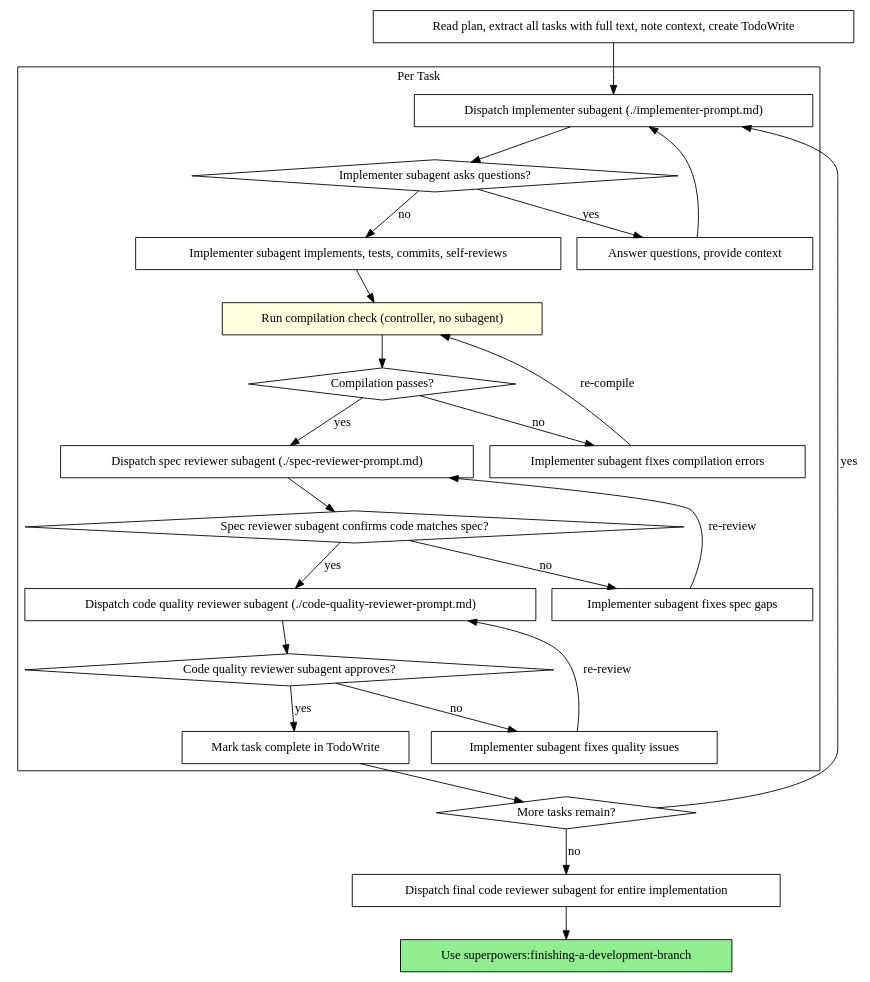
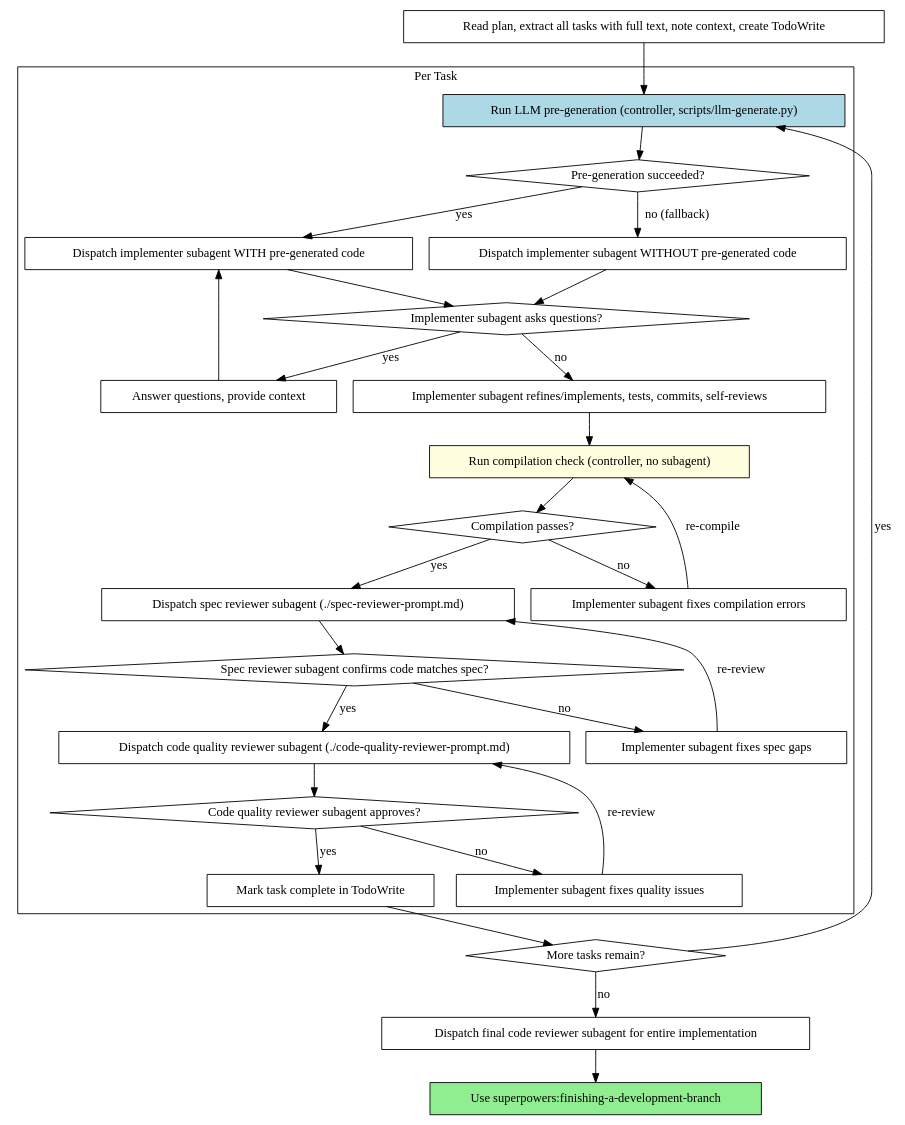
The second of 2 diagrams in skills/subagent-driven-development/SKILL.md (786153747/superpowers), drawn with Graphviz before and after one commit. The commit also changed other lines of this file and 3 other files, not shown here.

````diff
--- a/skills/subagent-driven-development/SKILL.md
+++ b/skills/subagent-driven-development/SKILL.md
@@ -63,51 +64,58 @@
 ```dot
 digraph process {
     rankdir=TB;
 
     subgraph cluster_per_task {
         label="Per Task";
-        "Dispatch implementer subagent (./implementer-prompt.md)" [shape=box];
+        "Run LLM pre-generation (controller, scripts/llm-generate.py)" [shape=box style=filled fillcolor=lightblue];
+        "Pre-generation succeeded?" [shape=diamond];
+        "Dispatch implementer subagent WITH pre-generated code" [shape=box];
+        "Dispatch implementer subagent WITHOUT pre-generated code" [shape=box];
         "Implementer subagent asks questions?" [shape=diamond];
         "Answer questions, provide context" [shape=box];
-        "Implementer subagent implements, tests, commits, self-reviews" [shape=box];
+        "Implementer subagent refines/implements, tests, commits, self-reviews" [shape=box];
         "Run compilation check (controller, no subagent)" [shape=box style=filled fillcolor=lightyellow];
         "Compilation passes?" [shape=diamond];
         "Implementer subagent fixes compilation errors" [shape=box];
         "Dispatch spec reviewer subagent (./spec-reviewer-prompt.md)" [shape=box];
         "Spec reviewer subagent confirms code matches spec?" [shape=diamond];
         "Implementer subagent fixes spec gaps" [shape=box];
         "Dispatch code quality reviewer subagent (./code-quality-reviewer-prompt.md)" [shape=box];
         "Code quality reviewer subagent approves?" [shape=diamond];
         "Implementer subagent fixes quality issues" [shape=box];
         "Mark task complete in TodoWrite" [shape=box];
     }
 
     "Read plan, extract all tasks with full text, note context, create TodoWrite" [shape=box];
     "More tasks remain?" [shape=diamond];
     "Dispatch final code reviewer subagent for entire implementation" [shape=box];
     "Use superpowers:finishing-a-development-branch" [shape=box style=filled fillcolor=lightgreen];
 
-    "Read plan, extract all tasks with full text, note context, create TodoWrite" -> "Dispatch implementer subagent (./implementer-prompt.md)";
-    "Dispatch implementer subagent (./implementer-prompt.md)" -> "Implementer subagent asks questions?";
+    "Read plan, extract all tasks with full text, note context, create TodoWrite" -> "Run LLM pre-generation (controller, scripts/llm-generate.py)";
+    "Run LLM pre-generation (controller, scripts/llm-generate.py)" -> "Pre-generation succeeded?";
+    "Pre-generation succeeded?" -> "Dispatch implementer subagent WITH pre-generated code" [label="yes"];
+    "Pre-generation succeeded?" -> "Dispatch implementer subagent WITHOUT pre-generated code" [label="no (fallback)"];
+    "Dispatch implementer subagent WITH pre-generated code" -> "Implementer subagent asks questions?";
+    "Dispatch implementer subagent WITHOUT pre-generated code" -> "Implementer subagent asks questions?";
     "Implementer subagent asks questions?" -> "Answer questions, provide context" [label="yes"];
-    "Answer questions, provide context" -> "Dispatch implementer subagent (./implementer-prompt.md)";
-    "Implementer subagent asks questions?" -> "Implementer subagent implements, tests, commits, self-reviews" [label="no"];
-    "Implementer subagent implements, tests, commits, self-reviews" -> "Run compilation check (controller, no subagent)";
+    "Answer questions, provide context" -> "Dispatch implementer subagent WITH pre-generated code";
+    "Implementer subagent asks questions?" -> "Implementer subagent refines/implements, tests, commits, self-reviews" [label="no"];
+    "Implementer subagent refines/implements, tests, commits, self-reviews" -> "Run compilation check (controller, no subagent)";
     "Run compilation check (controller, no subagent)" -> "Compilation passes?";
     "Compilation passes?" -> "Implementer subagent fixes compilation errors" [label="no"];
     "Implementer subagent fixes compilation errors" -> "Run compilation check (controller, no subagent)" [label="re-compile"];
     "Compilation passes?" -> "Dispatch spec reviewer subagent (./spec-reviewer-prompt.md)" [label="yes"];
     "Dispatch spec reviewer subagent (./spec-reviewer-prompt.md)" -> "Spec reviewer subagent confirms code matches spec?";
     "Spec reviewer subagent confirms code matches spec?" -> "Implementer subagent fixes spec gaps" [label="no"];
     "Implementer subagent fixes spec gaps" -> "Dispatch spec reviewer subagent (./spec-reviewer-prompt.md)" [label="re-review"];
     "Spec reviewer subagent confirms code matches spec?" -> "Dispatch code quality reviewer subagent (./code-quality-reviewer-prompt.md)" [label="yes"];
     "Dispatch code quality reviewer subagent (./code-quality-reviewer-prompt.md)" -> "Code quality reviewer subagent approves?";
     "Code quality reviewer subagent approves?" -> "Implementer subagent fixes quality issues" [label="no"];
     "Implementer subagent fixes quality issues" -> "Dispatch code quality reviewer subagent (./code-quality-reviewer-prompt.md)" [label="re-review"];
     "Code quality reviewer subagent approves?" -> "Mark task complete in TodoWrite" [label="yes"];
     "Mark task complete in TodoWrite" -> "More tasks remain?";
-    "More tasks remain?" -> "Dispatch implementer subagent (./implementer-prompt.md)" [label="yes"];
+    "More tasks remain?" -> "Run LLM pre-generation (controller, scripts/llm-generate.py)" [label="yes"];
     "More tasks remain?" -> "Dispatch final code reviewer subagent for entire implementation" [label="no"];
     "Dispatch final code reviewer subagent for entire implementation" -> "Use superpowers:finishing-a-development-branch";
 }
 ```
````
